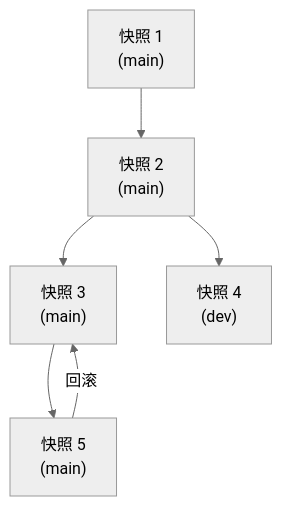
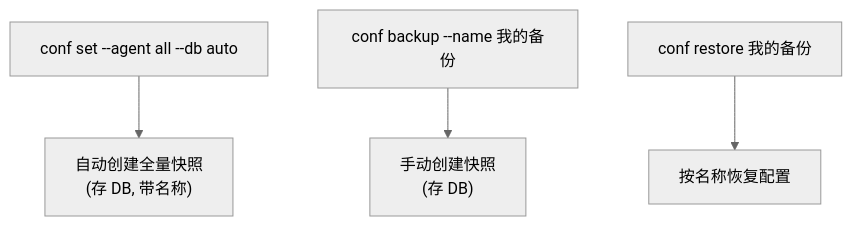
One commit to yejinlei/agent-nexus changed the second of 3 diagrams in MANUAL.md. Above: the diagram before and after it, drawn with Mermaid (neutral theme). The commit also changed other lines of this file and 2 other files, not shown here.

````diff
--- a/MANUAL.md
+++ b/MANUAL.md
@@ -571,8 +554,6 @@
 ```mermaid
 graph TD
-    S1["快照 1<br/>(main)"] --> S2["快照 2<br/>(main)"]
-    S2 --> S3["快照 3<br/>(main)"]
-    S2 --> S4["快照 4<br/>(dev)"]
-    S3 --> S5["快照 5<br/>(main)"]
-    S5 --> |回滚| S3
+    A["conf set --agent all --db auto"] --> B["自动创建全量快照<br/>(存 DB, 带名称)"]
+    C["conf backup --name 我的备份"] --> D["手动创建快照<br/>(存 DB)"]
+    E["conf restore 我的备份"] --> F["按名称恢复配置"]
 ```
````
